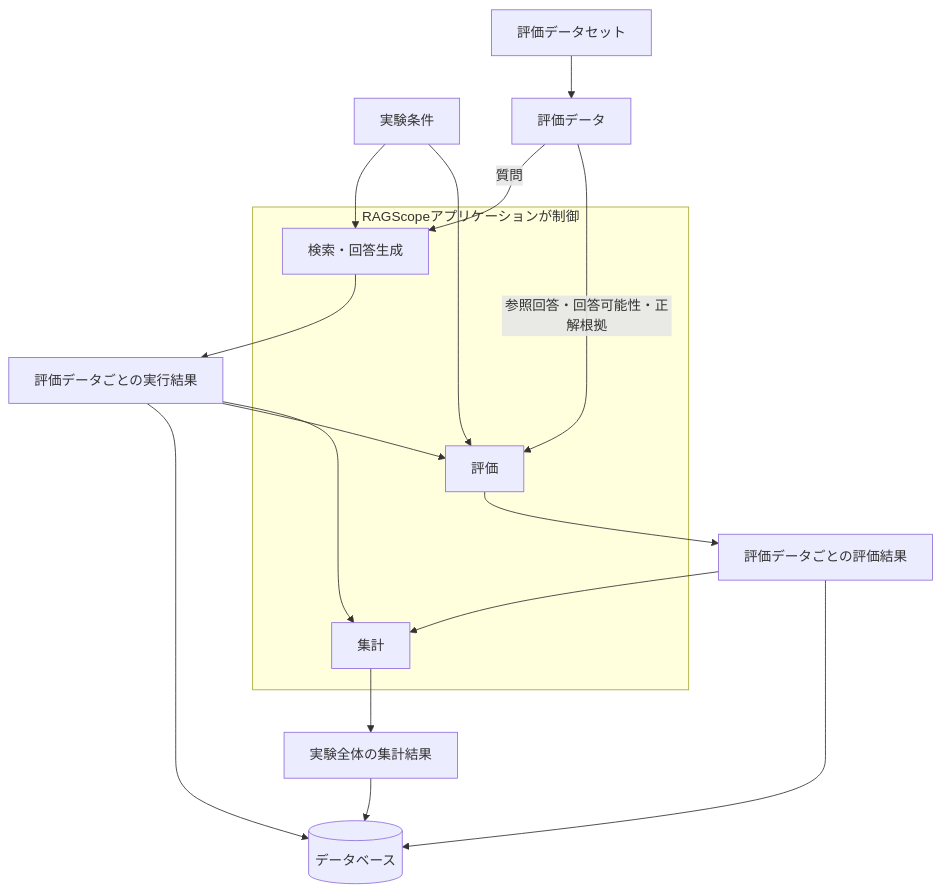
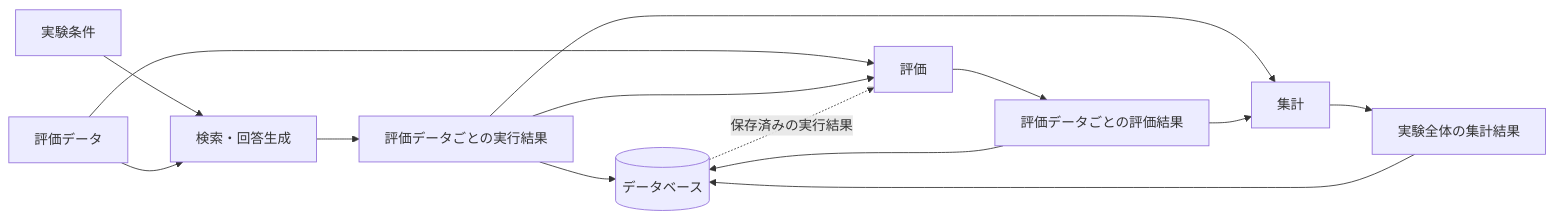
One commit to takashit16833/RAGScope changed the fourth of 4 diagrams in project-docs/design/システムアーキテクチャ.md. Above: the diagram before and after it, drawn with Mermaid. The commit also changed other lines of this file and 64 other files, not shown here.

````diff
--- a/project-docs/design/システムアーキテクチャ.md
+++ b/project-docs/design/システムアーキテクチャ.md
@@ -149,28 +130,21 @@
 ```mermaid
-flowchart TB
+flowchart LR
     Conditions["実験条件"]
-    Dataset["評価データセット"] --> Data["評価データ"]
+    Data["評価データ"]
+    Run["検索・回答生成"]
+    Execution["評価データごとの実行結果"]
+    Evaluate["評価"]
+    Evaluation["評価データごとの評価結果"]
+    Aggregate["集計"]
+    Summary["実験全体の集計結果"]
     DB[("データベース")]
 
-    subgraph Application["RAGScopeアプリケーションが制御"]
-        Run["検索・回答生成"]
-        Evaluate["評価"]
-        Summarize["集計"]
-    end
-
     Conditions --> Run
-    Conditions --> Evaluate
-    Data -->|質問| Run
-    Run --> Execution["評価データごとの実行結果"]
-    Execution --> DB
-
-    Data -->|"参照回答・回答可能性・正解根拠"| Evaluate
-    Execution --> Evaluate
-    Evaluate --> Evaluation["評価データごとの評価結果"]
-    Evaluation --> DB
-
-    Execution --> Summarize
-    Evaluation --> Summarize
-    Summarize --> Aggregate["実験全体の集計結果"]
-    Aggregate --> DB
+    Data --> Run
+    Run --> Execution --> DB
+    Data --> Evaluate
+    Execution --> Evaluate --> Evaluation --> DB
+    Execution --> Aggregate
+    Evaluation --> Aggregate --> Summary --> DB
+    DB -. "保存済みの実行結果" .-> Evaluate
 ```
````
